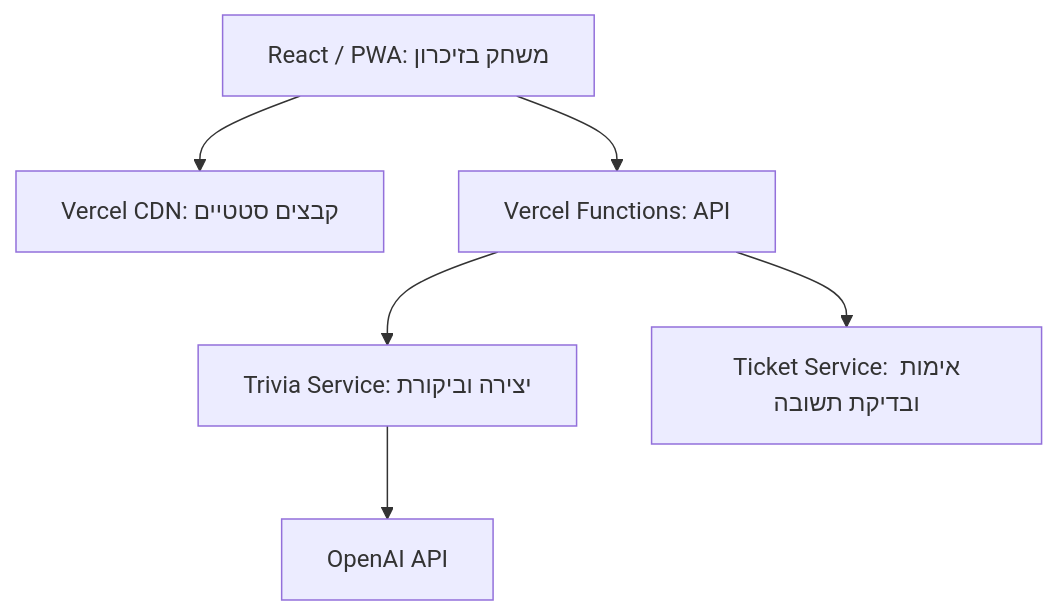
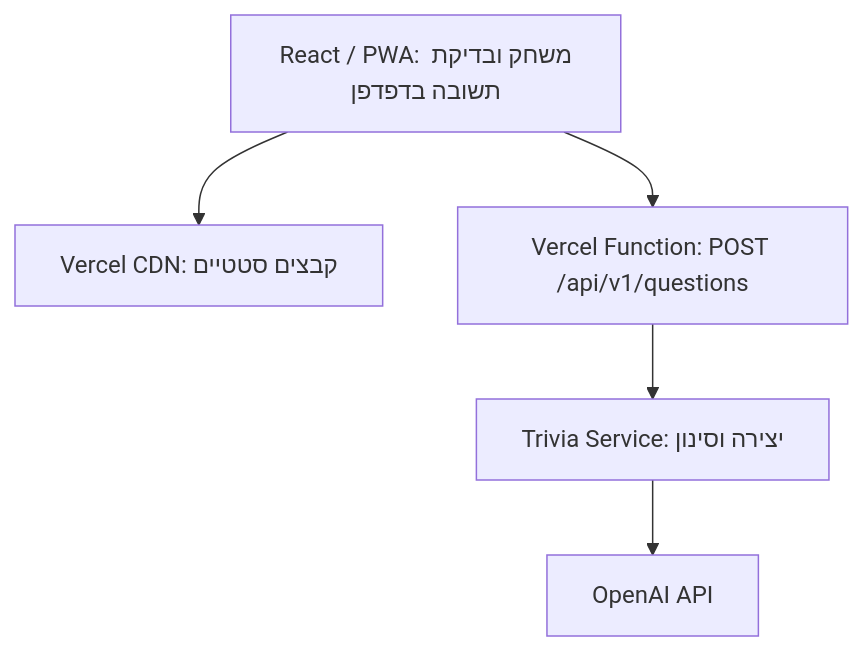
Before and after one commit to sharoltastyle-web/brainstorm-junior: the diagram in spec/ARCHITECTURE.md, drawn with Mermaid. The commit also changed other lines of this file and 2 other files, not shown here.

First line of the commit message:
Simplify architecture for MVP (ADR-1)

````diff
--- a/spec/ARCHITECTURE.md
+++ b/spec/ARCHITECTURE.md
@@ -35,8 +36,7 @@
 ```mermaid
 flowchart TD
-    A["React / PWA: משחק בזיכרון"] --> B["Vercel CDN: קבצים סטטיים"]
-    A --> C["Vercel Functions: API"]
-    C --> D["Trivia Service: יצירה וביקורת"]
+    A["React / PWA: משחק ובדיקת תשובה בדפדפן"] --> B["Vercel CDN: קבצים סטטיים"]
+    A --> C["Vercel Function: POST /api/v1/questions"]
+    C --> D["Trivia Service: יצירה וסינון"]
     D --> E["OpenAI API"]
-    C --> F["Ticket Service: אימות ובדיקת תשובה"]
 ```
````
